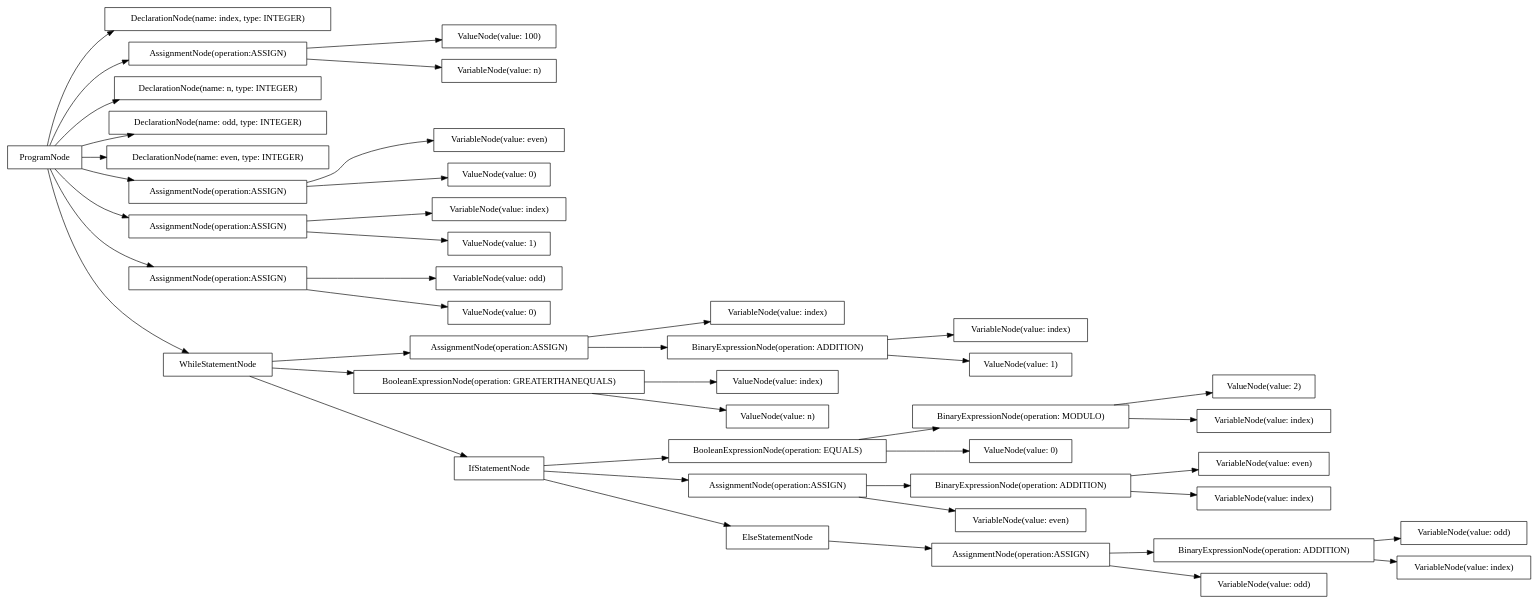
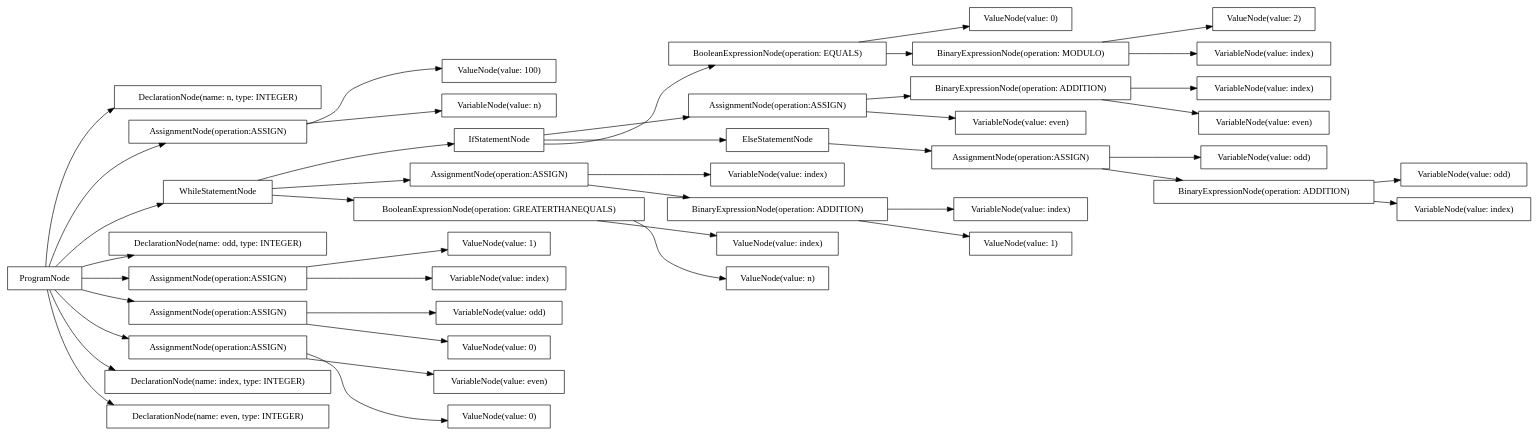
One commit to AtLeastITry/ANTLR-Python-Compiler changed the diagram in src/output/dot/odd_even.dot. Above: the diagram before and after it, drawn with Graphviz. The commit also changed 13 other files, not shown here.

```diff
--- a/src/output/dot/odd_even.dot
+++ b/src/output/dot/odd_even.dot
@@ -1,88 +1,88 @@
 digraph G {
 rankdir=LR
-"79988209-1f72-4112-b863-279c94adfaa0" [label="ValueNode(value: 100)" shape="box"];
-"f88ab3f6-bb6f-4e00-963d-21c74abb85d1" [label="AssignmentNode(operation:ASSIGN)" shape="box"];
-"b82015bf-731b-4293-9794-dac23d86efc2" [label="VariableNode(value: index)" shape="box"];
-"c8f77a40-ca78-432c-829f-1d1aa7cc65ad" [label="VariableNode(value: n)" shape="box"];
-"4d3e6e8f-4bd2-483d-8613-3b51088ba310" [label="VariableNode(value: odd)" shape="box"];
-"08089ce9-4e5c-4122-a3fd-7f70ce7a0f2f" [label="ValueNode(value: 0)" shape="box"];
-"b0664474-e884-4461-8055-4f1932a8c894" [label="ValueNode(value: index)" shape="box"];
-"af4caded-82dd-455e-bd06-1035dfb87820" [label="DeclarationNode(name: index, type: INTEGER)" shape="box"];
-"c341e27e-47c7-4454-a6f0-99424d7b7c6c" [label="VariableNode(value: even)" shape="box"];
-"b4e0e0bf-b7f1-48dc-9cd9-4e7d8455e188" [label="BinaryExpressionNode(operation: MODULO)" shape="box"];
-"771863c8-8d57-4ecf-8083-07fde05432ec" [label="AssignmentNode(operation:ASSIGN)" shape="box"];
-"17220d2b-887f-4c19-9d59-69e1e0f6ee30" [label="BooleanExpressionNode(operation: GREATERTHANEQUALS)" shape="box"];
-"f7b4b791-6754-41eb-bcef-1c24c07c55f9" [label="DeclarationNode(name: n, type: INTEGER)" shape="box"];
-"9212a73e-5b70-459c-9218-d398b6f8b8ad" [label="BinaryExpressionNode(operation: ADDITION)" shape="box"];
-"30484f37-d70f-4e7e-8947-e8e714667bdf" [label="VariableNode(value: index)" shape="box"];
-"d579b6d7-a2fd-4a9c-8bbf-caace5bd927b" [label="VariableNode(value: odd)" shape="box"];
-"3f08933e-bec5-43c8-b497-1750d11df1fb" [label="VariableNode(value: odd)" shape="box"];
-"333d6c42-8161-4067-b3be-c78ff73d1aee" [label="DeclarationNode(name: odd, type: INTEGER)" shape="box"];
-"5345ac47-e065-4cd7-a3f8-e976b7b56f97" [label="BooleanExpressionNode(operation: EQUALS)" shape="box"];
-"7b474080-6bd9-4bd2-a8b6-bee09aff4279" [label="ValueNode(value: 0)" shape="box"];
-"88ab20f7-799c-4741-a0b4-b7f0677625af" [label="AssignmentNode(operation:ASSIGN)" shape="box"];
-"b0a106a3-3e61-4505-a339-f7a23d1895fb" [label="ValueNode(value: 1)" shape="box"];
-"b729ebd9-22b7-4ffa-8d98-3950b27f5795" [label="DeclarationNode(name: even, type: INTEGER)" shape="box"];
-"fb6da803-27dd-4c28-b274-1a415bf96ac8" [label="AssignmentNode(operation:ASSIGN)" shape="box"];
-"ec890ebd-d16d-4dae-bb1b-14bbb285510d" [label="VariableNode(value: even)" shape="box"];
-"498d682e-ade1-446b-acdf-6209fc282488" [label="VariableNode(value: index)" shape="box"];
-"32623fc4-20ce-4930-9ac3-258cc119d42f" [label="ElseStatementNode" shape="box"];
-"ce0ce592-6df9-4ea6-9b42-9e9682aae11b" [label="AssignmentNode(operation:ASSIGN)" shape="box"];
-"05882ef8-a404-482b-b3e9-0661b28b337b" [label="BinaryExpressionNode(operation: ADDITION)" shape="box"];
-"18d9ef34-2785-45f0-a419-00b55e5c7fc2" [label="ValueNode(value: 1)" shape="box"];
-"d7c1c7de-2531-4658-af09-6b8e9a7477ae" [label="VariableNode(value: index)" shape="box"];
-"7223d179-b4af-489a-8372-3a7e55eae726" [label="VariableNode(value: even)" shape="box"];
-"4e533d32-dc7a-4e59-8d50-102f7c8caa40" [label="AssignmentNode(operation:ASSIGN)" shape="box"];
-"1d6433b2-eb40-44bf-b15b-15ebb107e3aa" [label="AssignmentNode(operation:ASSIGN)" shape="box"];
-"c2d5f4f1-8c58-4e94-9c48-806d443bd28e" [label="ProgramNode" shape="box"];
-"11d9e06b-6986-448a-8900-e2c53d86b005" [label="WhileStatementNode" shape="box"];
-"4e762e3f-4eea-4191-b23a-5b42b72fed1d" [label="BinaryExpressionNode(operation: ADDITION)" shape="box"];
-"dba85002-505d-4f06-8f44-d7cdee47d106" [label="IfStatementNode" shape="box"];
-"2c5b144d-b086-4667-be4e-9b75b88fd4fa" [label="VariableNode(value: index)" shape="box"];
-"db805a8d-5017-4bd0-90af-81e81d5d906a" [label="ValueNode(value: 2)" shape="box"];
-"a6e77595-5f0a-4293-b125-de0dcbc55bba" [label="ValueNode(value: n)" shape="box"];
-"3db01d05-2b49-40f3-841a-6f961561871c" [label="ValueNode(value: 0)" shape="box"];
-"c54c0d07-6c59-4add-8bc4-af5bbf50e4bf" [label="VariableNode(value: index)" shape="box"];
-"c2d5f4f1-8c58-4e94-9c48-806d443bd28e" -> "f7b4b791-6754-41eb-bcef-1c24c07c55f9";
-"c2d5f4f1-8c58-4e94-9c48-806d443bd28e" -> "333d6c42-8161-4067-b3be-c78ff73d1aee";
-"c2d5f4f1-8c58-4e94-9c48-806d443bd28e" -> "b729ebd9-22b7-4ffa-8d98-3950b27f5795";
-"c2d5f4f1-8c58-4e94-9c48-806d443bd28e" -> "af4caded-82dd-455e-bd06-1035dfb87820";
-"c2d5f4f1-8c58-4e94-9c48-806d443bd28e" -> "771863c8-8d57-4ecf-8083-07fde05432ec";
-"771863c8-8d57-4ecf-8083-07fde05432ec" -> "c8f77a40-ca78-432c-829f-1d1aa7cc65ad";
-"771863c8-8d57-4ecf-8083-07fde05432ec" -> "79988209-1f72-4112-b863-279c94adfaa0";
-"c2d5f4f1-8c58-4e94-9c48-806d443bd28e" -> "4e533d32-dc7a-4e59-8d50-102f7c8caa40";
-"4e533d32-dc7a-4e59-8d50-102f7c8caa40" -> "4d3e6e8f-4bd2-483d-8613-3b51088ba310";
-"4e533d32-dc7a-4e59-8d50-102f7c8caa40" -> "08089ce9-4e5c-4122-a3fd-7f70ce7a0f2f";
-"c2d5f4f1-8c58-4e94-9c48-806d443bd28e" -> "fb6da803-27dd-4c28-b274-1a415bf96ac8";
-"fb6da803-27dd-4c28-b274-1a415bf96ac8" -> "ec890ebd-d16d-4dae-bb1b-14bbb285510d";
-"fb6da803-27dd-4c28-b274-1a415bf96ac8" -> "3db01d05-2b49-40f3-841a-6f961561871c";
-"c2d5f4f1-8c58-4e94-9c48-806d443bd28e" -> "ce0ce592-6df9-4ea6-9b42-9e9682aae11b";
-"ce0ce592-6df9-4ea6-9b42-9e9682aae11b" -> "30484f37-d70f-4e7e-8947-e8e714667bdf";
-"ce0ce592-6df9-4ea6-9b42-9e9682aae11b" -> "18d9ef34-2785-45f0-a419-00b55e5c7fc2";
-"c2d5f4f1-8c58-4e94-9c48-806d443bd28e" -> "11d9e06b-6986-448a-8900-e2c53d86b005";
-"11d9e06b-6986-448a-8900-e2c53d86b005" -> "17220d2b-887f-4c19-9d59-69e1e0f6ee30";
-"17220d2b-887f-4c19-9d59-69e1e0f6ee30" -> "b0664474-e884-4461-8055-4f1932a8c894";
-"17220d2b-887f-4c19-9d59-69e1e0f6ee30" -> "a6e77595-5f0a-4293-b125-de0dcbc55bba";
-"11d9e06b-6986-448a-8900-e2c53d86b005" -> "dba85002-505d-4f06-8f44-d7cdee47d106";
-"dba85002-505d-4f06-8f44-d7cdee47d106" -> "5345ac47-e065-4cd7-a3f8-e976b7b56f97";
-"5345ac47-e065-4cd7-a3f8-e976b7b56f97" -> "b4e0e0bf-b7f1-48dc-9cd9-4e7d8455e188";
-"b4e0e0bf-b7f1-48dc-9cd9-4e7d8455e188" -> "c54c0d07-6c59-4add-8bc4-af5bbf50e4bf";
-"b4e0e0bf-b7f1-48dc-9cd9-4e7d8455e188" -> "db805a8d-5017-4bd0-90af-81e81d5d906a";
-"5345ac47-e065-4cd7-a3f8-e976b7b56f97" -> "7b474080-6bd9-4bd2-a8b6-bee09aff4279";
-"dba85002-505d-4f06-8f44-d7cdee47d106" -> "88ab20f7-799c-4741-a0b4-b7f0677625af";
-"88ab20f7-799c-4741-a0b4-b7f0677625af" -> "7223d179-b4af-489a-8372-3a7e55eae726";
-"88ab20f7-799c-4741-a0b4-b7f0677625af" -> "05882ef8-a404-482b-b3e9-0661b28b337b";
-"05882ef8-a404-482b-b3e9-0661b28b337b" -> "c341e27e-47c7-4454-a6f0-99424d7b7c6c";
-"05882ef8-a404-482b-b3e9-0661b28b337b" -> "d7c1c7de-2531-4658-af09-6b8e9a7477ae";
-"dba85002-505d-4f06-8f44-d7cdee47d106" -> "32623fc4-20ce-4930-9ac3-258cc119d42f";
-"32623fc4-20ce-4930-9ac3-258cc119d42f" -> "1d6433b2-eb40-44bf-b15b-15ebb107e3aa";
-"1d6433b2-eb40-44bf-b15b-15ebb107e3aa" -> "d579b6d7-a2fd-4a9c-8bbf-caace5bd927b";
-"1d6433b2-eb40-44bf-b15b-15ebb107e3aa" -> "9212a73e-5b70-459c-9218-d398b6f8b8ad";
-"9212a73e-5b70-459c-9218-d398b6f8b8ad" -> "3f08933e-bec5-43c8-b497-1750d11df1fb";
-"9212a73e-5b70-459c-9218-d398b6f8b8ad" -> "2c5b144d-b086-4667-be4e-9b75b88fd4fa";
-"11d9e06b-6986-448a-8900-e2c53d86b005" -> "f88ab3f6-bb6f-4e00-963d-21c74abb85d1";
-"f88ab3f6-bb6f-4e00-963d-21c74abb85d1" -> "498d682e-ade1-446b-acdf-6209fc282488";
-"f88ab3f6-bb6f-4e00-963d-21c74abb85d1" -> "4e762e3f-4eea-4191-b23a-5b42b72fed1d";
-"4e762e3f-4eea-4191-b23a-5b42b72fed1d" -> "b82015bf-731b-4293-9794-dac23d86efc2";
-"4e762e3f-4eea-4191-b23a-5b42b72fed1d" -> "b0a106a3-3e61-4505-a339-f7a23d1895fb";
+"64bb99cd-3662-4bb4-a95a-698d5b16e1e1" [label="ValueNode(value: 2)" shape="box"];
+"2c5c5c72-d7b1-4967-a4f8-6f0aca63c9e9" [label="VariableNode(value: index)" shape="box"];
+"53cd578e-72d1-426d-b623-7fbb10b82b97" [label="DeclarationNode(name: n, type: INTEGER)" shape="box"];
+"f9849b89-a6b8-4023-8e40-e4b2c77c0f11" [label="ValueNode(value: 100)" shape="box"];
+"b1921cdd-8e38-463c-8ee3-eba851353438" [label="IfStatementNode" shape="box"];
+"090998a7-073f-46d7-afe3-f2215f03e948" [label="VariableNode(value: odd)" shape="box"];
+"037671e2-61f0-4d68-8b18-01d38a44e053" [label="VariableNode(value: index)" shape="box"];
+"f1f42a09-4625-46df-bc0f-1e3b14b319d1" [label="AssignmentNode(operation:ASSIGN)" shape="box"];
+"1b28136c-bf97-4af4-840c-bc385a1ccf5d" [label="ValueNode(value: index)" shape="box"];
+"040437fc-57a7-4e79-b494-8e6fadc94e86" [label="VariableNode(value: odd)" shape="box"];
+"5de65fb4-553e-4b04-9f2b-5a076bc3f3d3" [label="AssignmentNode(operation:ASSIGN)" shape="box"];
+"7754b00d-58da-4e18-8d17-60c5f801455d" [label="BooleanExpressionNode(operation: EQUALS)" shape="box"];
+"01e404c1-905d-4e34-9f6e-3c358ae056e2" [label="AssignmentNode(operation:ASSIGN)" shape="box"];
+"5ec9c720-3016-4b67-8b7c-982be8c49ddc" [label="VariableNode(value: index)" shape="box"];
+"ab747091-ce72-41d0-8d39-c7faa21a9847" [label="VariableNode(value: n)" shape="box"];
+"6b5ffb9a-09a9-4016-bc8a-11bba5e27ab0" [label="ValueNode(value: 0)" shape="box"];
+"bf5fd07a-ac9b-426c-9582-cdd51aeab7b4" [label="VariableNode(value: index)" shape="box"];
+"ba75d6c8-5d08-4e94-be68-714237b0fa67" [label="BinaryExpressionNode(operation: ADDITION)" shape="box"];
+"c4c86c8c-de6a-4960-9f08-6d77c257717a" [label="BinaryExpressionNode(operation: ADDITION)" shape="box"];
+"02be5b0e-4a29-428c-8ea4-364dd3962377" [label="VariableNode(value: even)" shape="box"];
+"5f5fd7ab-c8cb-48cc-b422-c1107f3fd5e3" [label="ValueNode(value: 1)" shape="box"];
+"c7fce95c-1402-45a2-9a0c-d82ddf078339" [label="WhileStatementNode" shape="box"];
+"95fcb764-612f-460c-874e-c53b341a5ff4" [label="ProgramNode" shape="box"];
+"08d4e5ac-c2d1-4095-a5da-a3e4a17ed69d" [label="VariableNode(value: even)" shape="box"];
+"15545fda-70b0-41f3-b45e-c55a4866e50d" [label="VariableNode(value: index)" shape="box"];
+"c07fbbf0-db87-4955-b884-0280891ffea5" [label="DeclarationNode(name: odd, type: INTEGER)" shape="box"];
+"b632641f-a0bd-4875-9ded-c46b144d4208" [label="VariableNode(value: index)" shape="box"];
+"af149b26-b6f4-4116-968f-461f7a653943" [label="VariableNode(value: odd)" shape="box"];
+"22422d42-8a03-4c5b-a225-1113333d8074" [label="AssignmentNode(operation:ASSIGN)" shape="box"];
+"e64d3546-984f-4b00-9ecd-6da39f69aaea" [label="BooleanExpressionNode(operation: GREATERTHANEQUALS)" shape="box"];
+"46da9f78-a7ca-4876-87d0-2c30c9c55ad0" [label="ValueNode(value: 1)" shape="box"];
+"757dbc3a-440d-4d6e-8925-89cdd87f04df" [label="ValueNode(value: n)" shape="box"];
+"639db208-2474-4eaf-906d-92d09a1efdc2" [label="AssignmentNode(operation:ASSIGN)" shape="box"];
+"f3488911-a806-472d-be13-03d574c7dcdc" [label="ElseStatementNode" shape="box"];
+"cace3f1a-f9b8-4dbe-8e3a-4afe023ec71a" [label="AssignmentNode(operation:ASSIGN)" shape="box"];
+"f5939d95-b0aa-4cd6-b181-fdb77a0a9875" [label="ValueNode(value: 0)" shape="box"];
+"28da2d28-2e60-43da-9761-c8e1ad49ebf2" [label="AssignmentNode(operation:ASSIGN)" shape="box"];
+"4ade2b14-fbb0-4e5d-b25c-af07f353f61a" [label="ValueNode(value: 0)" shape="box"];
+"42f47d5a-626a-42aa-b565-4ca2012fbcf1" [label="BinaryExpressionNode(operation: MODULO)" shape="box"];
+"ef8989a0-976f-4538-b846-75d838fd8be7" [label="VariableNode(value: even)" shape="box"];
+"a5938e30-8f1c-458a-b9f9-00a9c7d2db8c" [label="BinaryExpressionNode(operation: ADDITION)" shape="box"];
+"2cdb2e91-deb0-4980-8b14-2bfd564361ad" [label="DeclarationNode(name: index, type: INTEGER)" shape="box"];
+"f207eac2-f0e5-4f3d-a748-da2ab0b58af5" [label="DeclarationNode(name: even, type: INTEGER)" shape="box"];
+"95fcb764-612f-460c-874e-c53b341a5ff4" -> "53cd578e-72d1-426d-b623-7fbb10b82b97";
+"95fcb764-612f-460c-874e-c53b341a5ff4" -> "c07fbbf0-db87-4955-b884-0280891ffea5";
+"95fcb764-612f-460c-874e-c53b341a5ff4" -> "f207eac2-f0e5-4f3d-a748-da2ab0b58af5";
+"95fcb764-612f-460c-874e-c53b341a5ff4" -> "2cdb2e91-deb0-4980-8b14-2bfd564361ad";
+"95fcb764-612f-460c-874e-c53b341a5ff4" -> "5de65fb4-553e-4b04-9f2b-5a076bc3f3d3";
+"5de65fb4-553e-4b04-9f2b-5a076bc3f3d3" -> "ab747091-ce72-41d0-8d39-c7faa21a9847";
+"5de65fb4-553e-4b04-9f2b-5a076bc3f3d3" -> "f9849b89-a6b8-4023-8e40-e4b2c77c0f11";
+"95fcb764-612f-460c-874e-c53b341a5ff4" -> "cace3f1a-f9b8-4dbe-8e3a-4afe023ec71a";
+"cace3f1a-f9b8-4dbe-8e3a-4afe023ec71a" -> "090998a7-073f-46d7-afe3-f2215f03e948";
+"cace3f1a-f9b8-4dbe-8e3a-4afe023ec71a" -> "f5939d95-b0aa-4cd6-b181-fdb77a0a9875";
+"95fcb764-612f-460c-874e-c53b341a5ff4" -> "28da2d28-2e60-43da-9761-c8e1ad49ebf2";
+"28da2d28-2e60-43da-9761-c8e1ad49ebf2" -> "02be5b0e-4a29-428c-8ea4-364dd3962377";
+"28da2d28-2e60-43da-9761-c8e1ad49ebf2" -> "4ade2b14-fbb0-4e5d-b25c-af07f353f61a";
+"95fcb764-612f-460c-874e-c53b341a5ff4" -> "639db208-2474-4eaf-906d-92d09a1efdc2";
+"639db208-2474-4eaf-906d-92d09a1efdc2" -> "b632641f-a0bd-4875-9ded-c46b144d4208";
+"639db208-2474-4eaf-906d-92d09a1efdc2" -> "5f5fd7ab-c8cb-48cc-b422-c1107f3fd5e3";
+"95fcb764-612f-460c-874e-c53b341a5ff4" -> "c7fce95c-1402-45a2-9a0c-d82ddf078339";
+"c7fce95c-1402-45a2-9a0c-d82ddf078339" -> "e64d3546-984f-4b00-9ecd-6da39f69aaea";
+"e64d3546-984f-4b00-9ecd-6da39f69aaea" -> "1b28136c-bf97-4af4-840c-bc385a1ccf5d";
+"e64d3546-984f-4b00-9ecd-6da39f69aaea" -> "757dbc3a-440d-4d6e-8925-89cdd87f04df";
+"c7fce95c-1402-45a2-9a0c-d82ddf078339" -> "b1921cdd-8e38-463c-8ee3-eba851353438";
+"b1921cdd-8e38-463c-8ee3-eba851353438" -> "7754b00d-58da-4e18-8d17-60c5f801455d";
+"7754b00d-58da-4e18-8d17-60c5f801455d" -> "42f47d5a-626a-42aa-b565-4ca2012fbcf1";
+"42f47d5a-626a-42aa-b565-4ca2012fbcf1" -> "15545fda-70b0-41f3-b45e-c55a4866e50d";
+"42f47d5a-626a-42aa-b565-4ca2012fbcf1" -> "64bb99cd-3662-4bb4-a95a-698d5b16e1e1";
+"7754b00d-58da-4e18-8d17-60c5f801455d" -> "6b5ffb9a-09a9-4016-bc8a-11bba5e27ab0";
+"b1921cdd-8e38-463c-8ee3-eba851353438" -> "22422d42-8a03-4c5b-a225-1113333d8074";
+"22422d42-8a03-4c5b-a225-1113333d8074" -> "08d4e5ac-c2d1-4095-a5da-a3e4a17ed69d";
+"22422d42-8a03-4c5b-a225-1113333d8074" -> "ba75d6c8-5d08-4e94-be68-714237b0fa67";
+"ba75d6c8-5d08-4e94-be68-714237b0fa67" -> "ef8989a0-976f-4538-b846-75d838fd8be7";
+"ba75d6c8-5d08-4e94-be68-714237b0fa67" -> "037671e2-61f0-4d68-8b18-01d38a44e053";
+"b1921cdd-8e38-463c-8ee3-eba851353438" -> "f3488911-a806-472d-be13-03d574c7dcdc";
+"f3488911-a806-472d-be13-03d574c7dcdc" -> "f1f42a09-4625-46df-bc0f-1e3b14b319d1";
+"f1f42a09-4625-46df-bc0f-1e3b14b319d1" -> "af149b26-b6f4-4116-968f-461f7a653943";
+"f1f42a09-4625-46df-bc0f-1e3b14b319d1" -> "a5938e30-8f1c-458a-b9f9-00a9c7d2db8c";
+"a5938e30-8f1c-458a-b9f9-00a9c7d2db8c" -> "040437fc-57a7-4e79-b494-8e6fadc94e86";
+"a5938e30-8f1c-458a-b9f9-00a9c7d2db8c" -> "bf5fd07a-ac9b-426c-9582-cdd51aeab7b4";
+"c7fce95c-1402-45a2-9a0c-d82ddf078339" -> "01e404c1-905d-4e34-9f6e-3c358ae056e2";
+"01e404c1-905d-4e34-9f6e-3c358ae056e2" -> "2c5c5c72-d7b1-4967-a4f8-6f0aca63c9e9";
+"01e404c1-905d-4e34-9f6e-3c358ae056e2" -> "c4c86c8c-de6a-4960-9f08-6d77c257717a";
+"c4c86c8c-de6a-4960-9f08-6d77c257717a" -> "5ec9c720-3016-4b67-8b7c-982be8c49ddc";
+"c4c86c8c-de6a-4960-9f08-6d77c257717a" -> "46da9f78-a7ca-4876-87d0-2c30c9c55ad0";
 }
```
